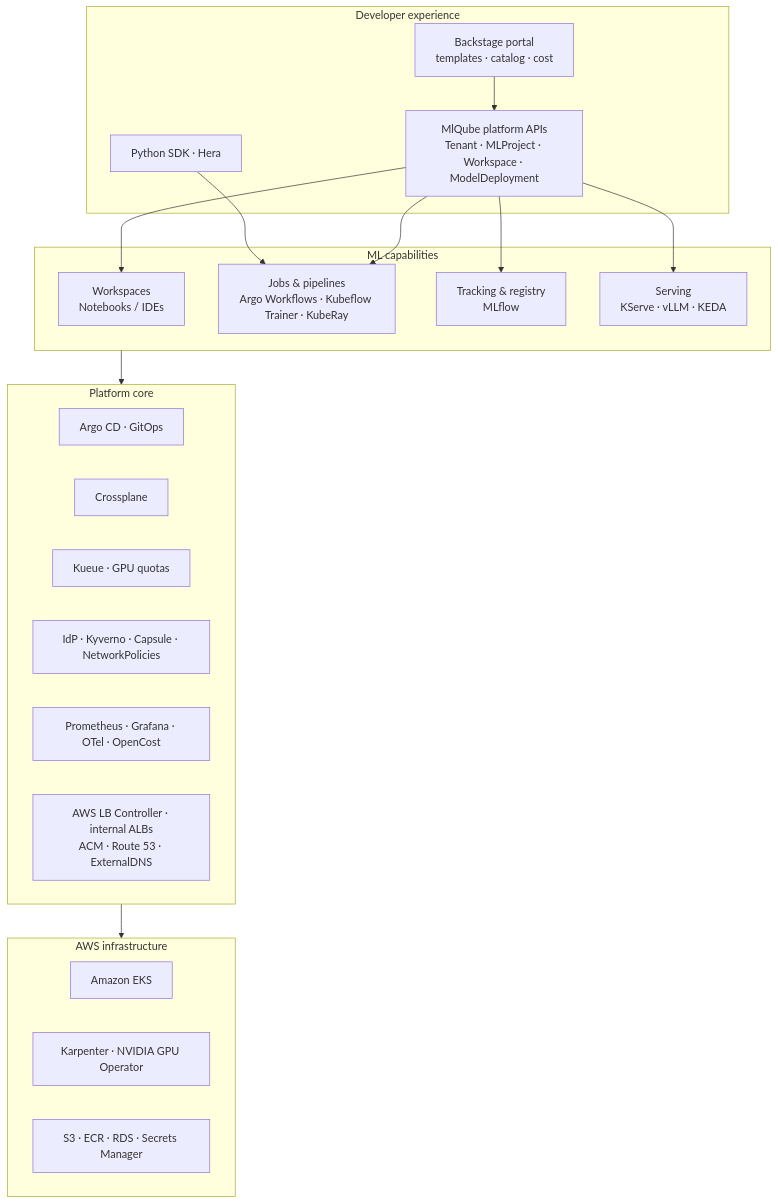
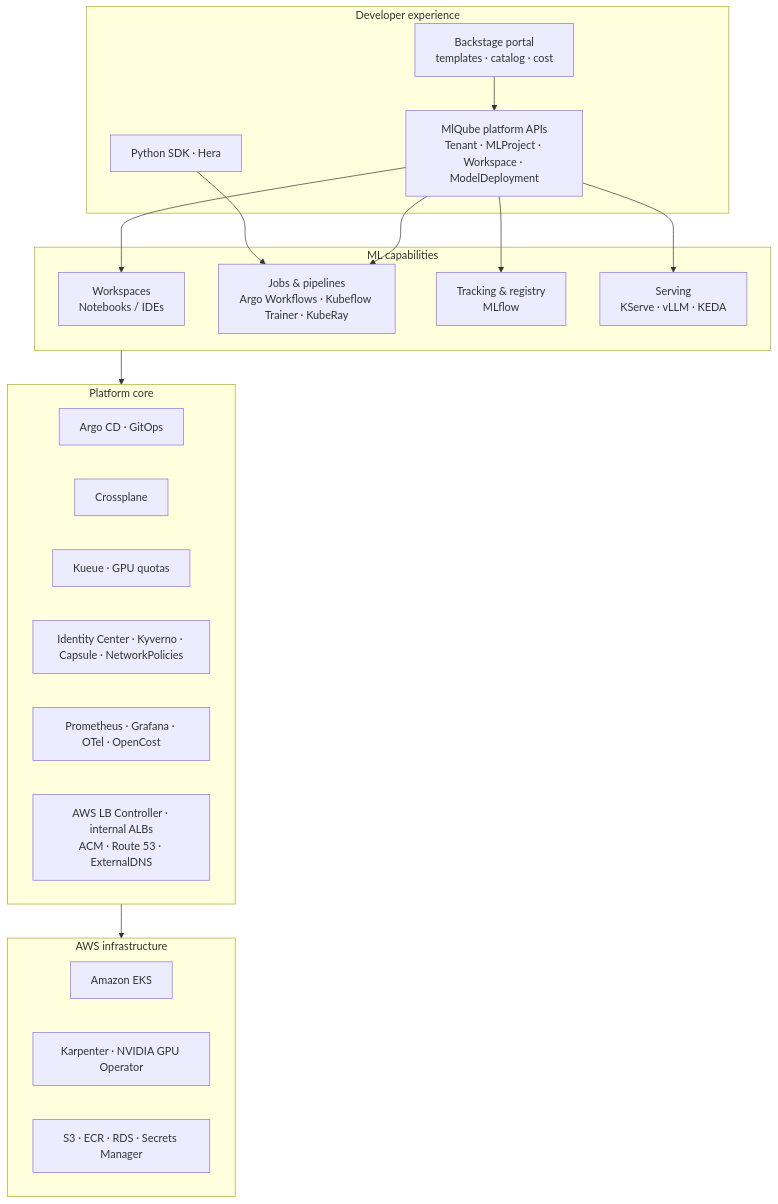
The second of 4 diagrams in docs/architecture.md (mlqube/.github), drawn with Mermaid before and after one commit. The commit also changed other lines of this file and 15 other files, not shown here.

First line of the commit message:
Identity: IAM Identity Center as the identity hub (ADR-0015), diagrams redrawn (#16)

````diff
--- a/docs/architecture.md
+++ b/docs/architecture.md
@@ -168,36 +168,36 @@
 ```mermaid
 flowchart TB
     subgraph Portal["Developer experience"]
         UI[Backstage portal<br/>templates · catalog · cost]
         SDK[Python SDK · Hera]
         API[MlQube platform APIs<br/>Tenant · MLProject · Workspace · ModelDeployment]
     end
 
     subgraph ML["ML capabilities"]
         WS[Workspaces<br/>Notebooks / IDEs]
         JOBS[Jobs & pipelines<br/>Argo Workflows · Kubeflow Trainer · KubeRay]
         REG[Tracking & registry<br/>MLflow]
         SRV[Serving<br/>KServe · vLLM · KEDA]
     end
 
     subgraph Core["Platform core"]
         GITOPS[Argo CD · GitOps]
         XPC[Crossplane]
         Q[Kueue · GPU quotas]
-        SEC[IdP · Kyverno · Capsule · NetworkPolicies]
+        SEC[Identity Center · Kyverno · Capsule · NetworkPolicies]
         OBSC[Prometheus · Grafana · OTel · OpenCost]
         GW[AWS LB Controller · internal ALBs<br/>ACM · Route 53 · ExternalDNS]
     end
 
     subgraph Infra["AWS infrastructure"]
         EKS[Amazon EKS]
         KARP[Karpenter · NVIDIA GPU Operator]
         STO[S3 · ECR · RDS · Secrets Manager]
     end
 
     UI --> API
     SDK --> JOBS
     API --> WS & JOBS & REG & SRV
     ML --> Core
     Core --> Infra
 ```
````
